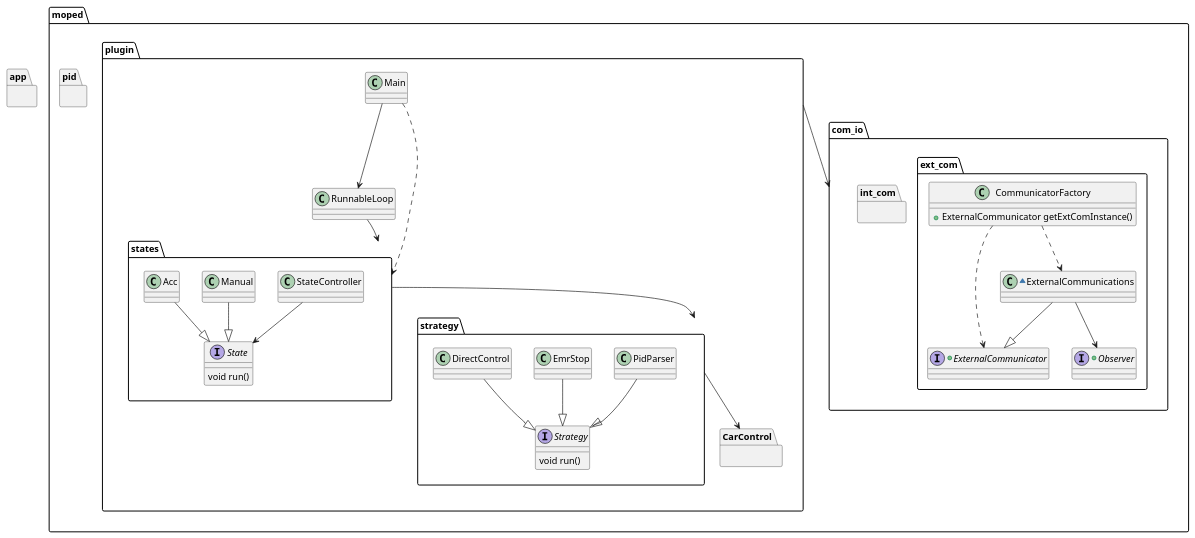
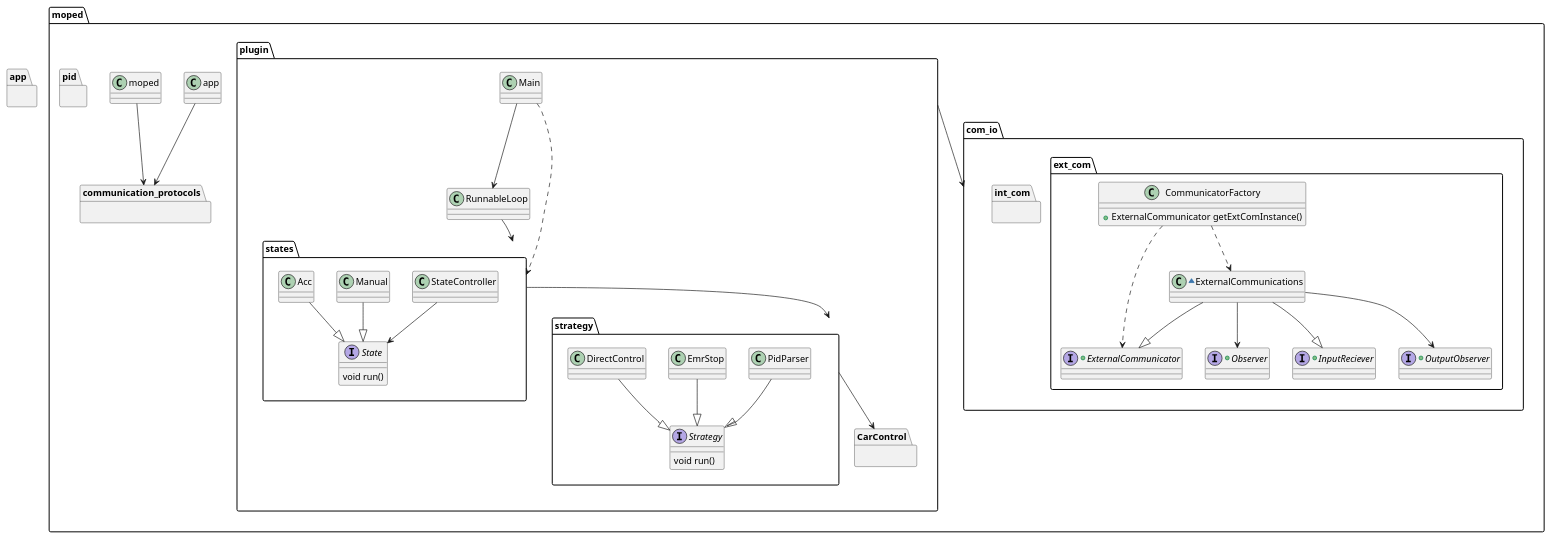
One commit to felixnorden/moppepojkar changed the diagram in documentation/uml/full-class-diagram.puml. Above: the diagram before and after it, drawn with PlantUML.

Commit message:
Edit finished uml for current class diagram

```diff
--- a/documentation/uml/full-class-diagram.puml
+++ b/documentation/uml/full-class-diagram.puml
@@ -1,121 +1,139 @@
 @startuml
 
 package moped {
 
 	package plugin {
 		
 		class Main {
 		
 		}
 		
 		class RunnableLoop {
 		
 		}
 		
 		package states {
 		
 			class StateController {
 			
 			}
 		
 			interface State {
 				void run()
 			}
 		
 			class Manual {
 			
 			}
 			
 			class Acc {
 			
 			}
 			
 			StateController --> State
 		
 			Manual --|> State
 			Acc --|> State
 		}
 		
 		package strategy {
 			
 			interface Strategy {
 				void run()
 			}
 			
 			class PidParser {
 			
 			}
 			
 			class EmrStop {
 			
 			}
 			
 			class DirectControl {
 			
 			}
 			
 			PidParser --|> Strategy
 			EmrStop --|> Strategy
 			DirectControl --|> Strategy
 			
 		}
 		
 		package CarControl {
 		
 		}
 		
 		Main ..> states
 		Main --> RunnableLoop
 		RunnableLoop --> states
 		
 		states --> strategy
 		strategy --> CarControl
 	}
 	
 	package com_io {
 
 		package ext_com {
 			
 			+interface Observer {
 			
 			}
 			
 			+interface ExternalCommunicator {
 				
 			}
 			
+			+interface InputReciever {
+			
+			}
+			
+			+interface OutputObserver {
+			
+			}
+			
 			class CommunicatorFactory {
 				+ExternalCommunicator getExtComInstance()
 			}
 			
 			~class ExternalCommunications {
 				
 			}
 			
 			ExternalCommunications --> Observer
 			ExternalCommunications --|> ExternalCommunicator
+			
+			ExternalCommunications --> OutputObserver
+			ExternalCommunications --|> InputReciever
 			
 			CommunicatorFactory ..> ExternalCommunicator
 			CommunicatorFactory ..> ExternalCommunications
 			
 		}
 		
 		package int_com {
 		
 		}
 	
 	}
 
 	package pid {
 
 	}
 
+	package communication_protocols {
+	
+	}
+	
+	app --> communication_protocols
+	moped --> communication_protocols
+	
 	plugin --> com_io
 	
 }
 
 package app {
 
 }
 
 @enduml
```
